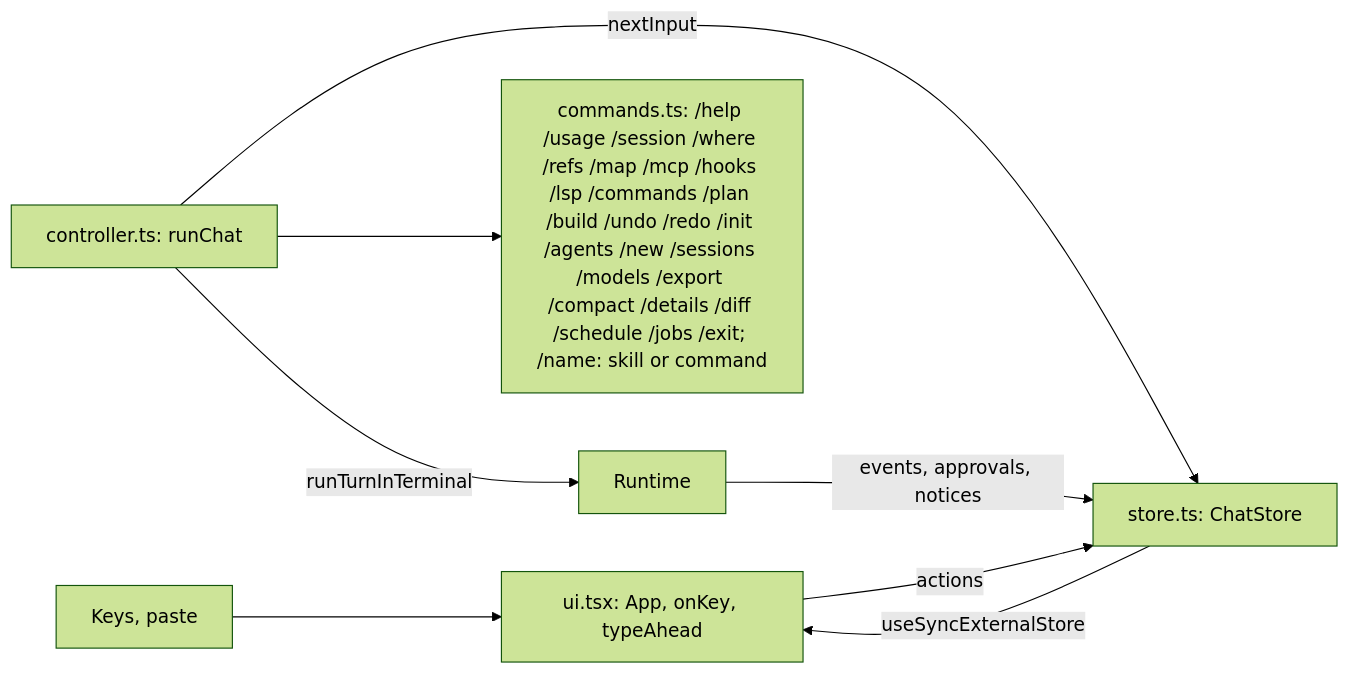
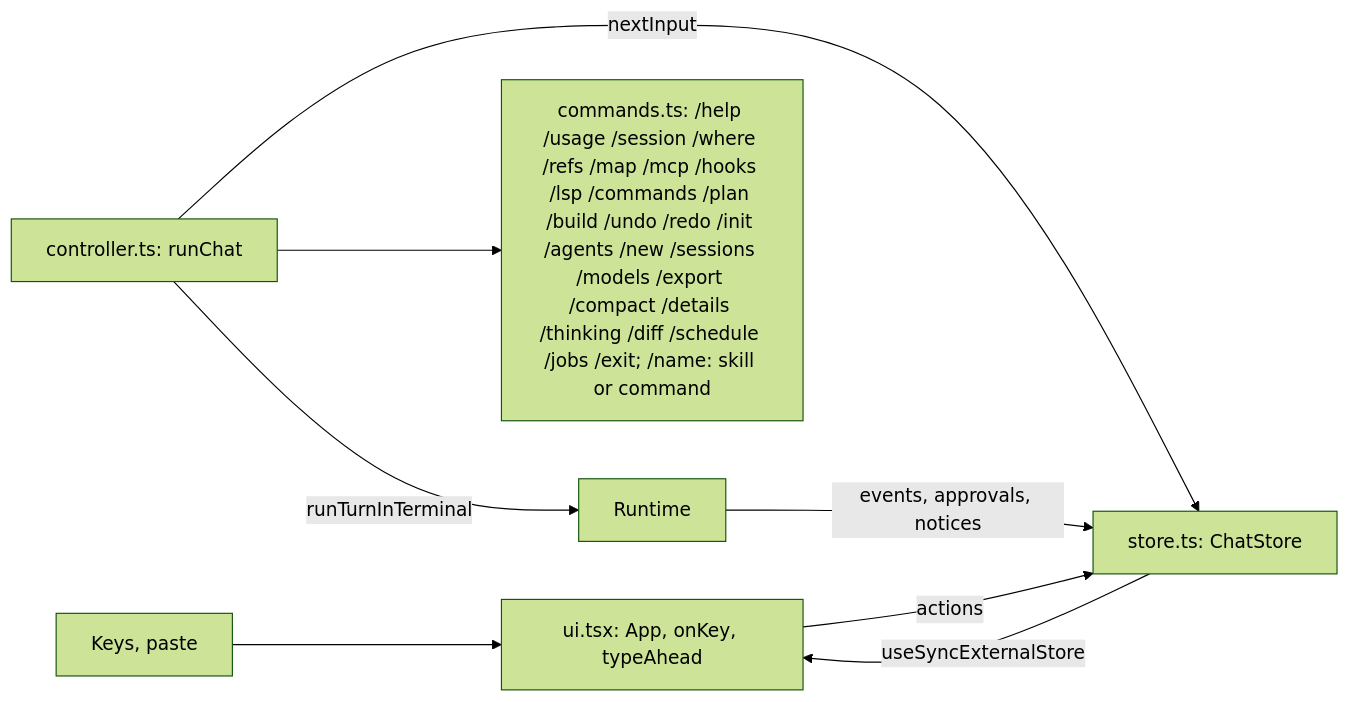
Before and after one commit to madhu-sv/garuda: the diagram in docs/lld/cli.md, drawn with Mermaid (forest theme). The commit also changed other lines of this file and 25 other files, not shown here.

````diff
--- a/docs/lld/cli.md
+++ b/docs/lld/cli.md
@@ -137,10 +137,10 @@
 ```mermaid
 flowchart LR
   keys[Keys, paste] --> ui[ui.tsx: App, onKey, typeAhead]
   ui -->|actions| store[store.ts: ChatStore]
   store -->|useSyncExternalStore| ui
   ctrl[controller.ts: runChat] -->|nextInput| store
-  ctrl --> cmds[commands.ts: /help /usage /session /where /refs /map /mcp /hooks /lsp /commands /plan /build /undo /redo /init /agents /new /sessions /models /export /compact /details /diff /schedule /jobs /exit; /name: skill or command]
+  ctrl --> cmds[commands.ts: /help /usage /session /where /refs /map /mcp /hooks /lsp /commands /plan /build /undo /redo /init /agents /new /sessions /models /export /compact /details /thinking /diff /schedule /jobs /exit; /name: skill or command]
   ctrl -->|runTurnInTerminal| rt[Runtime]
   rt -->|events, approvals, notices| store
 ```
````
